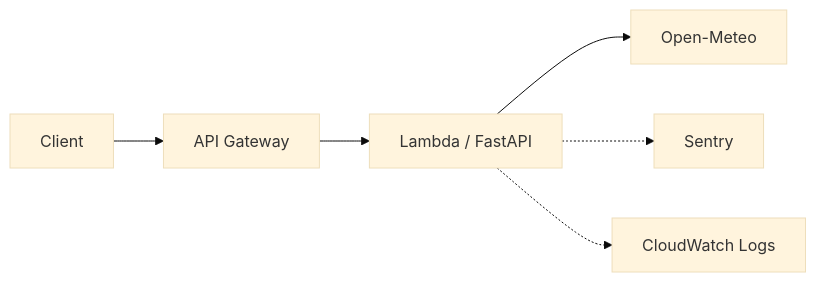
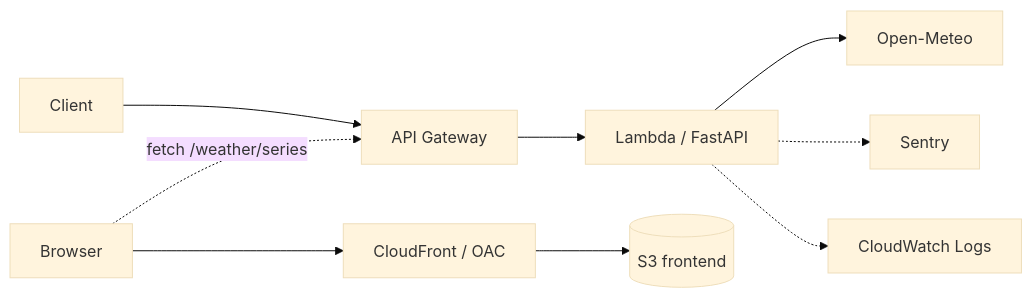
The diagram in infra/README.md (hakusoft/loop-engineering-lab), drawn with Mermaid (base theme) before and after one commit. The commit also changed other lines of this file and 17 other files, not shown here.

First line of the commit message:
feat(frontend): scaffold React chart + S3/CloudFront delivery (#37)

````diff
--- a/infra/README.md
+++ b/infra/README.md
@@ -5,8 +5,11 @@
 ```mermaid
 flowchart LR
     CLIENT[Client] --> AGW[API Gateway]
     AGW --> LAMBDA[Lambda / FastAPI]
     LAMBDA --> OM[Open-Meteo]
     LAMBDA -.-> SENTRY[Sentry]
     LAMBDA -.-> LOGS[CloudWatch Logs]
+    BROWSER[Browser] --> CF[CloudFront / OAC]
+    CF --> S3[(S3 frontend)]
+    BROWSER -.->|fetch /weather/series| AGW
 ```
````
